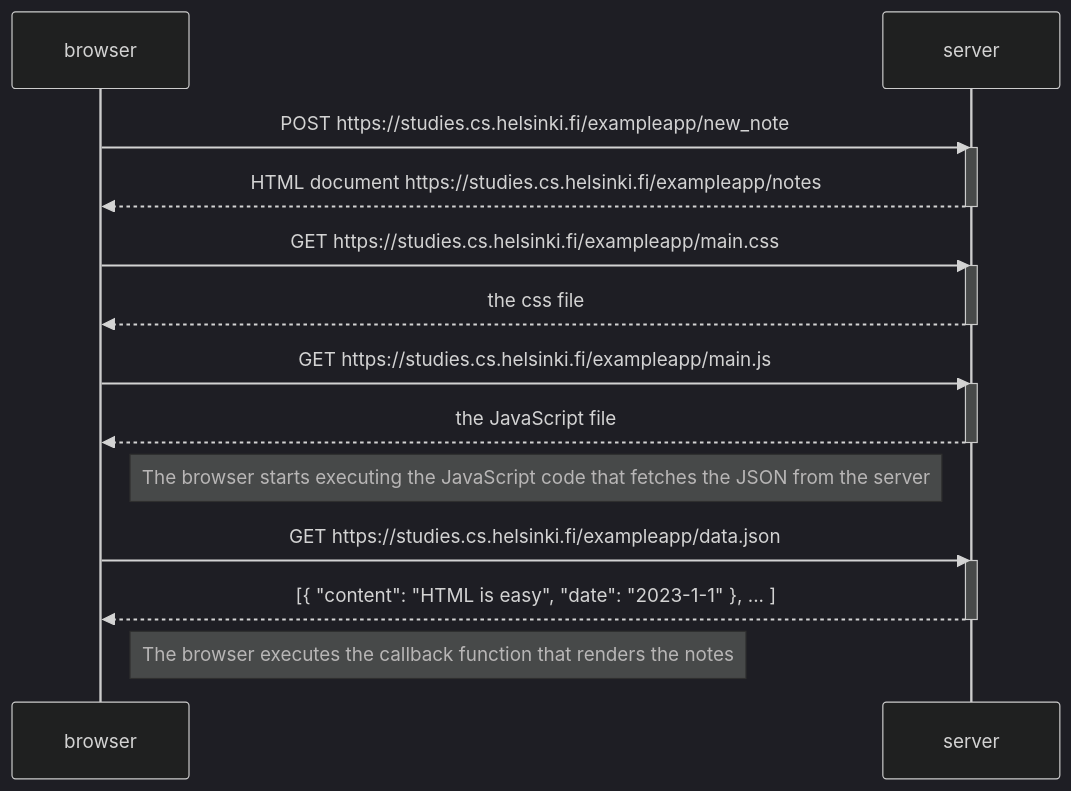
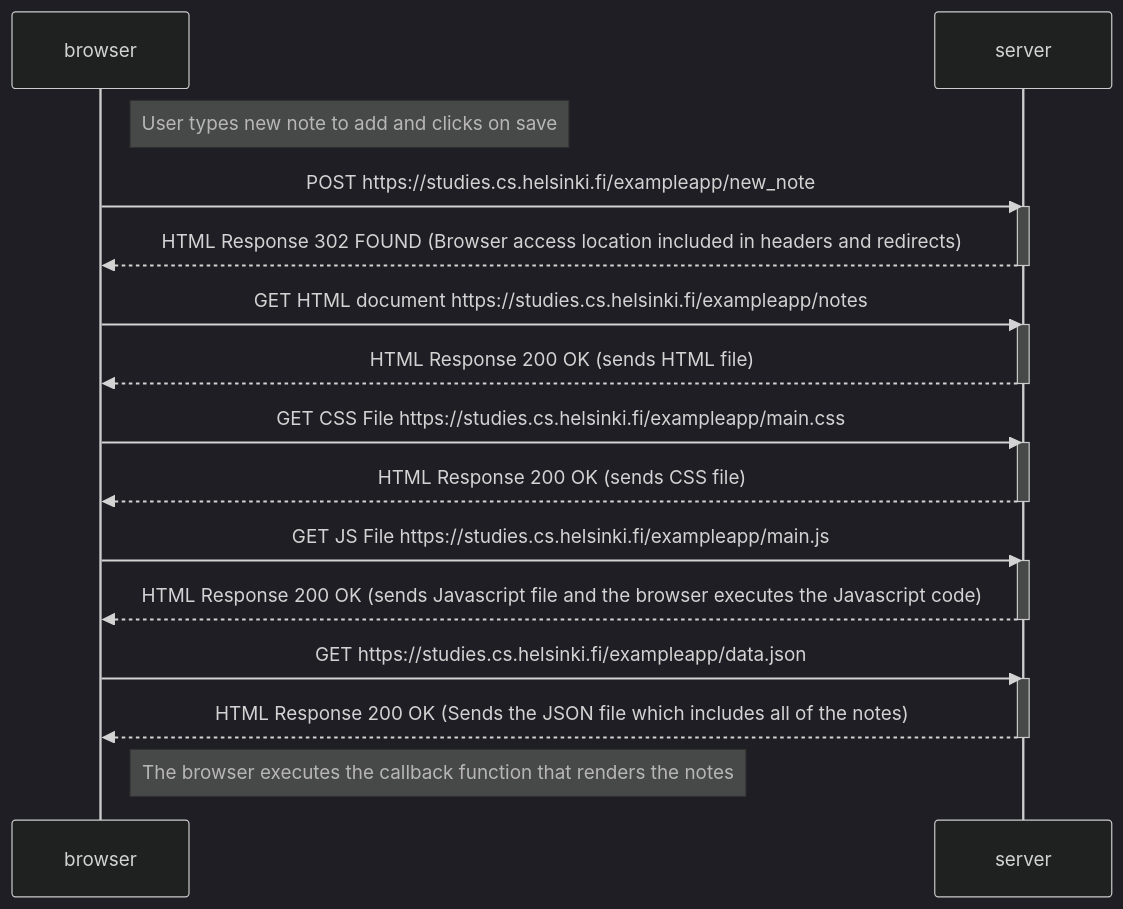
Before and after one commit to cvalt-code/FSO-Exercises: the diagram in part0/0.4.md, drawn with Mermaid (dark theme).

Commit message:
finish exercise 0.4

````diff
--- a/part0/0.4.md
+++ b/part0/0.4.md
@@ -1,29 +1,35 @@
 ```mermaid
 sequenceDiagram
     participant browser
     participant server
 
+    Note right of browser: User types new note to add and clicks on save
+
     browser->>server: POST https://studies.cs.helsinki.fi/exampleapp/new_note
     activate server
-    server-->>browser: HTML document https://studies.cs.helsinki.fi/exampleapp/notes
+    server-->>browser:  HTML Response 302 FOUND (Browser access location included in headers and redirects) 
     deactivate server
 
-    browser->>server: GET https://studies.cs.helsinki.fi/exampleapp/main.css
+
+    browser->>server: GET HTML document https://studies.cs.helsinki.fi/exampleapp/notes
     activate server
-    server-->>browser: the css file
+    server-->>browser: HTML Response 200 OK (sends HTML file)
     deactivate server
 
-    browser->>server: GET https://studies.cs.helsinki.fi/exampleapp/main.js
+    browser->>server: GET CSS File https://studies.cs.helsinki.fi/exampleapp/main.css
     activate server
-    server-->>browser: the JavaScript file
+    server-->>browser: HTML Response 200 OK (sends CSS file)
     deactivate server
 
-    Note right of browser: The browser starts executing the JavaScript code that fetches the JSON from the server
+    browser->>server: GET JS File https://studies.cs.helsinki.fi/exampleapp/main.js
+    activate server
+    server-->>browser: HTML Response 200 OK (sends Javascript file and the browser executes the Javascript code)
+    deactivate server
 
     browser->>server: GET https://studies.cs.helsinki.fi/exampleapp/data.json
     activate server
-    server-->>browser: [{ "content": "HTML is easy", "date": "2023-1-1" }, ... ]
+    server-->>browser: HTML Response 200 OK (Sends the JSON file which includes all of the notes)
     deactivate server
 
     Note right of browser: The browser executes the callback function that renders the notes
 ```
````
